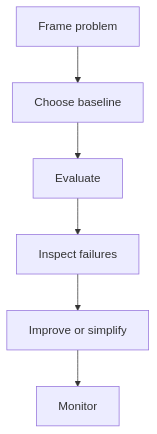
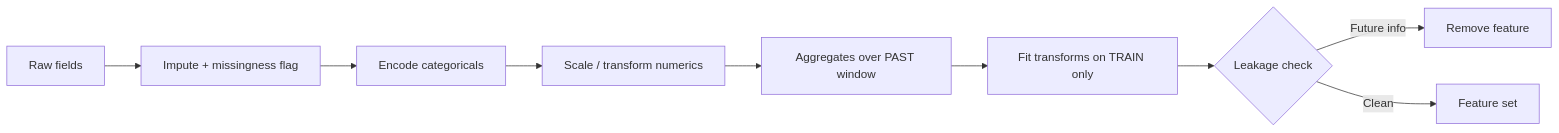
The diagram in cheatsheets/06-feature-engineering-cheatsheet.md (Icon1cc/Machine-Learning), drawn with Mermaid before and after one commit. The commit also changed other lines of this file and 118 other files, not shown here.

````diff
--- a/cheatsheets/06-feature-engineering-cheatsheet.md
+++ b/cheatsheets/06-feature-engineering-cheatsheet.md
@@ -56,8 +64,11 @@
 ```mermaid
-flowchart TD
-    A[Frame problem] --> B[Choose baseline]
-    B --> C[Evaluate]
-    C --> D[Inspect failures]
-    D --> E[Improve or simplify]
-    E --> F[Monitor]
+flowchart LR
+    A[Raw fields] --> B[Impute + missingness flag]
+    B --> C[Encode categoricals]
+    C --> D[Scale / transform numerics]
+    D --> E[Aggregates over PAST window]
+    E --> F[Fit transforms on TRAIN only]
+    F --> G{Leakage check}
+    G -- Future info --> H[Remove feature]
+    G -- Clean --> I[Feature set]
 ```
````
